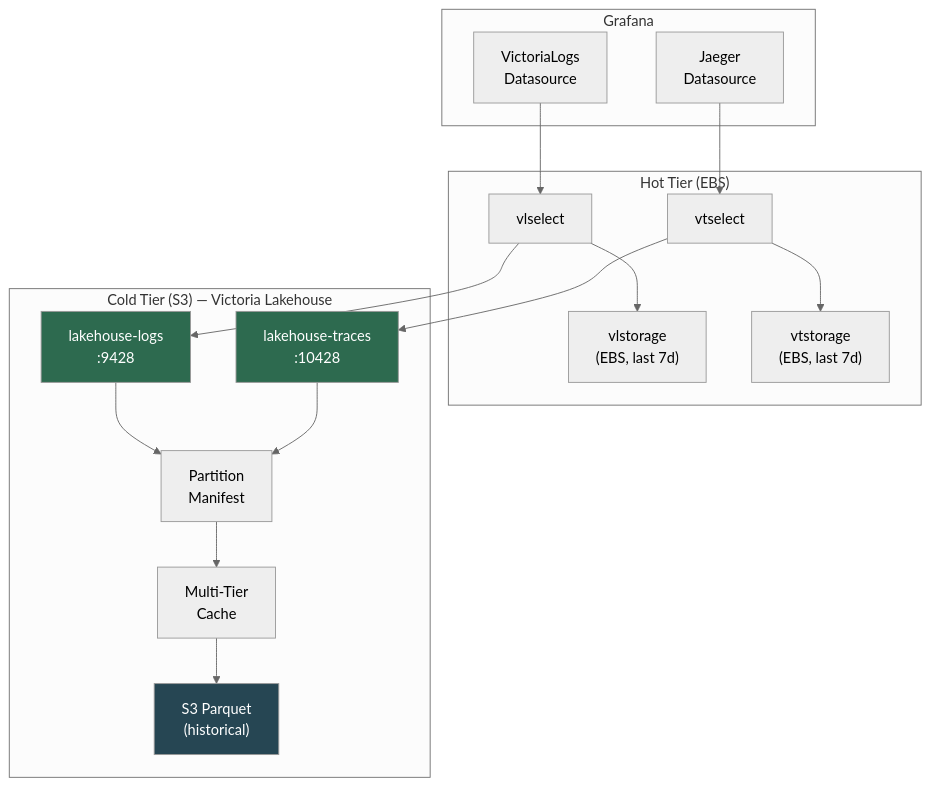
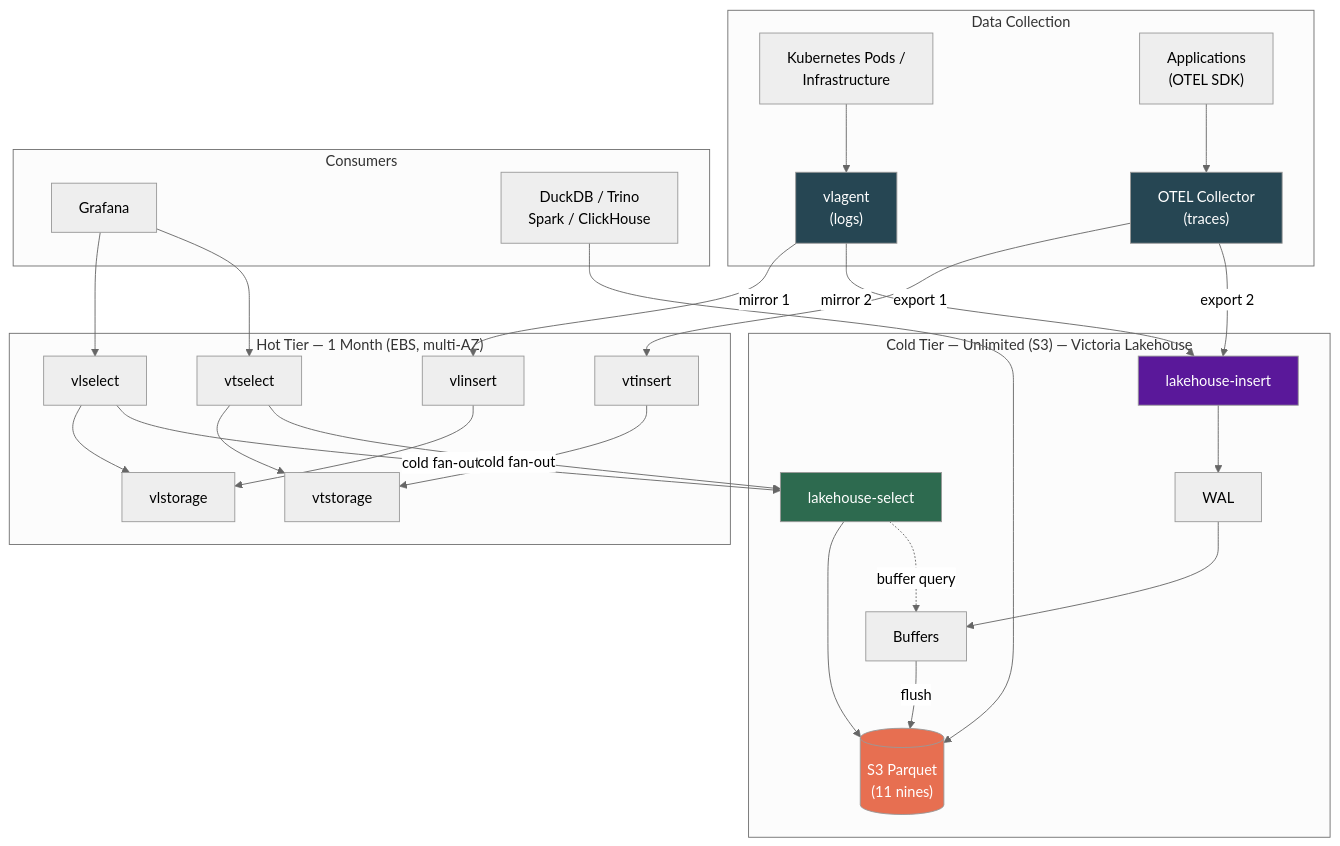
Before and after one commit to ReliablyObserve/victoria-lakehouse: the first of 8 diagrams in README.md, drawn with Mermaid (neutral theme). The commit also changed other lines of this file and 56 other files, not shown here.

First line of the commit message:
feat: Phase A write durability + deployment architecture docs (#11)

````diff
--- a/README.md
+++ b/README.md
@@ -81,37 +87,43 @@
 ```mermaid
 graph TB
-    subgraph "Grafana"
-        VL_DS["VictoriaLogs<br/>Datasource"]
-        J_DS["Jaeger<br/>Datasource"]
+    subgraph "Data Collection"
+        K8S["Kubernetes Pods /<br/>Infrastructure"] --> VA["vlagent<br/>(logs)"]
+        APP["Applications<br/>(OTEL SDK)"] --> OC["OTEL Collector<br/>(traces)"]
     end
 
-    subgraph "Hot Tier (EBS)"
-        vlselect["vlselect"]
-        vtselect["vtselect"]
-        vlstorage["vlstorage<br/>(EBS, last 7d)"]
-        vtstorage["vtstorage<br/>(EBS, last 7d)"]
+    subgraph "Hot Tier — 1 Month (EBS, multi-AZ)"
+        VA -->|mirror 1| VLI["vlinsert"]
+        OC -->|export 1| VTI["vtinsert"]
+        VLI --> VLSTO["vlstorage"]
+        VTI --> VTSTO["vtstorage"]
+        VLSEL["vlselect"]
+        VTSEL["vtselect"]
+        VLSEL --> VLSTO
+        VTSEL --> VTSTO
     end
 
-    subgraph "Cold Tier (S3) — Victoria Lakehouse"
-        LH_L["lakehouse-logs<br/>:9428"]
-        LH_T["lakehouse-traces<br/>:10428"]
-        Manifest["Partition<br/>Manifest"]
-        Cache["Multi-Tier<br/>Cache"]
-        S3["S3 Parquet<br/>(historical)"]
+    subgraph "Cold Tier — Unlimited (S3) — Victoria Lakehouse"
+        VA -->|mirror 2| LHI["lakehouse-insert"]
+        OC -->|export 2| LHI
+        LHI --> WAL["WAL"]
+        WAL --> BUF["Buffers"]
+        BUF -->|flush| S3[("S3 Parquet<br/>(11 nines)")]
+        LHS["lakehouse-select"]
+        LHS --> S3
+        LHS -.->|buffer query| BUF
     end
 
-    VL_DS --> vlselect
-    J_DS --> vtselect
-    vlselect --> vlstorage
-    vlselect --> LH_L
-    vtselect --> vtstorage
-    vtselect --> LH_T
-    LH_L --> Manifest
-    LH_T --> Manifest
-    Manifest --> Cache
-    Cache --> S3
+    subgraph "Consumers"
+        GF["Grafana"] --> VLSEL
+        GF --> VTSEL
+        VLSEL -->|cold fan-out| LHS
+        VTSEL -->|cold fan-out| LHS
+        DDB["DuckDB / Trino<br/>Spark / ClickHouse"] --> S3
+    end
 
-    style LH_L fill:#2d6a4f,color:#fff
-    style LH_T fill:#2d6a4f,color:#fff
-    style S3 fill:#264653,color:#fff
+    style S3 fill:#e76f51,color:#fff
+    style LHI fill:#5a189a,color:#fff
+    style LHS fill:#2d6a4f,color:#fff
+    style VA fill:#264653,color:#fff
+    style OC fill:#264653,color:#fff
 ```
````
